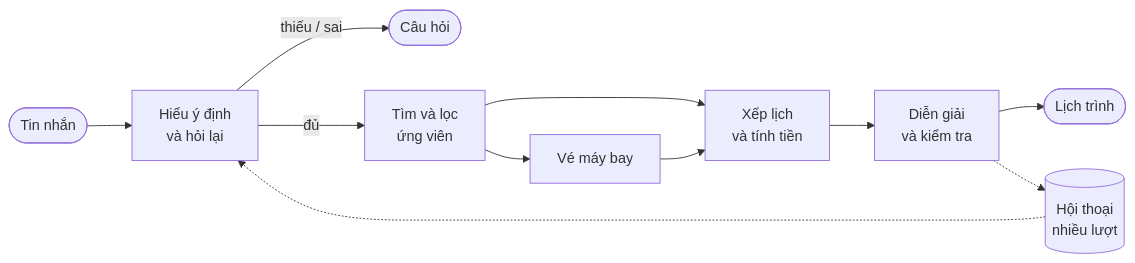
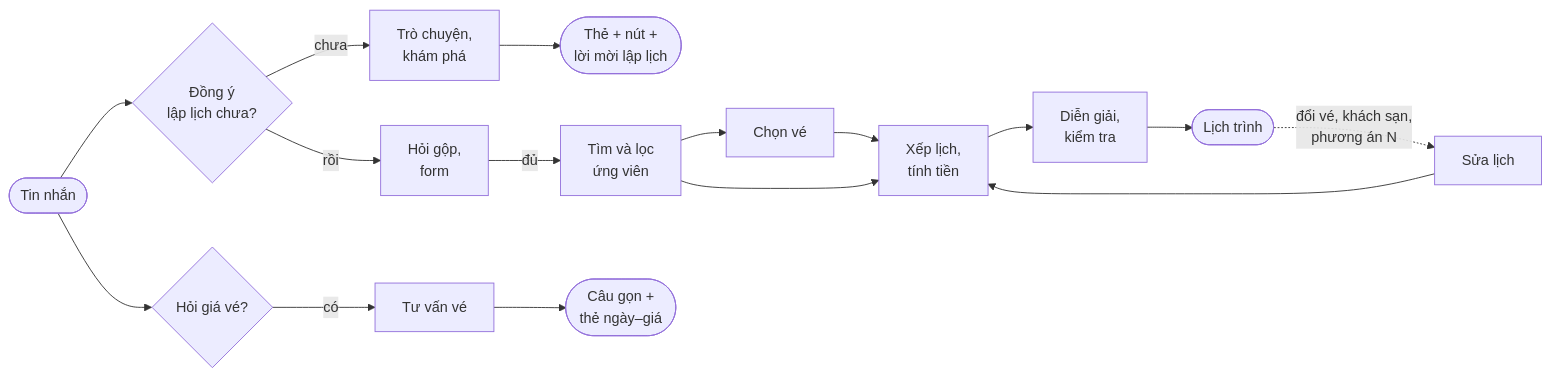
The diagram in docs/spec/agent/nghiep-vu/README.md (NguyenNhat4/Travel-Recommend-System), drawn with Mermaid before and after one commit. The commit also changed other lines of this file and 12 other files, not shown here.

Commit message:
docs(agent): cập nhật nghiệp vụ theo code 11/10 — trò chuyện và khám phá, tư vấn vé, đổi vé/khách sạn, lịch tham khảo (FR-AGT-06, FR-AGT-07)

````diff
--- a/docs/spec/agent/nghiep-vu/README.md
+++ b/docs/spec/agent/nghiep-vu/README.md
@@ -15,13 +15,18 @@
 ```mermaid
 flowchart LR
-    U([Tin nhắn]) --> H[Hiểu ý định<br/>và hỏi lại]
-    H -- thiếu / sai --> R([Câu hỏi])
+    U([Tin nhắn]) --> G{Đồng ý<br/>lập lịch chưa?}
+    G -- chưa --> TK[Trò chuyện,<br/>khám phá]
+    TK --> TKO([Thẻ + nút +<br/>lời mời lập lịch])
+    U --> V{Hỏi giá vé?}
+    V -- có --> TV[Tư vấn vé]
+    TV --> TVO([Câu gọn +<br/>thẻ ngày–giá])
+    G -- rồi --> H[Hỏi gộp,<br/>form]
     H -- đủ --> T[Tìm và lọc<br/>ứng viên]
-    T --> V[Vé máy bay]
-    T --> X[Xếp lịch<br/>và tính tiền]
-    V --> X
-    X --> D[Diễn giải<br/>và kiểm tra]
+    T --> VE[Chọn vé]
+    T --> X[Xếp lịch,<br/>tính tiền]
+    VE --> X
+    X --> D[Diễn giải,<br/>kiểm tra]
     D --> O([Lịch trình])
-    M[(Hội thoại<br/>nhiều lượt)] -.-> H
-    D -.-> M
+    O -.->|đổi vé, khách sạn,<br/>phương án N| S[Sửa lịch]
+    S --> X
 ```
````
